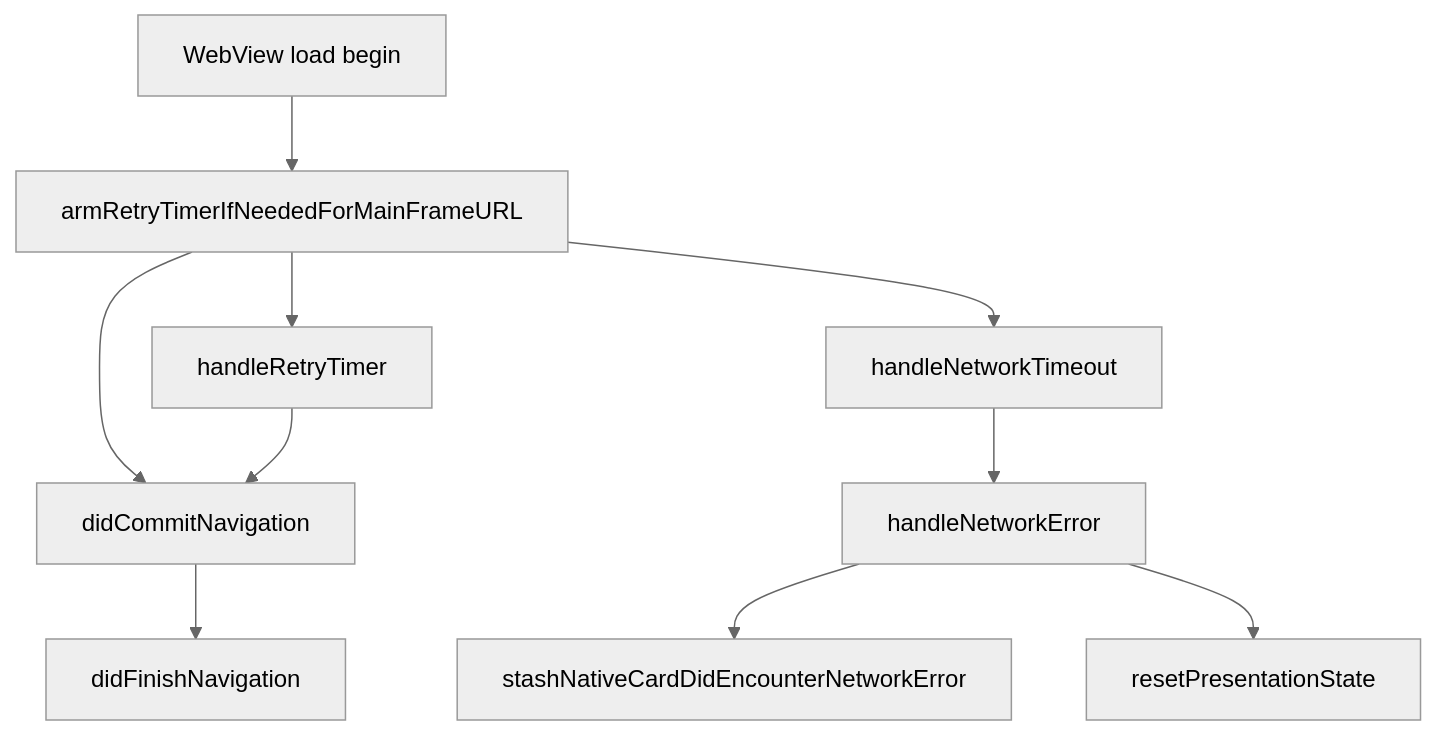
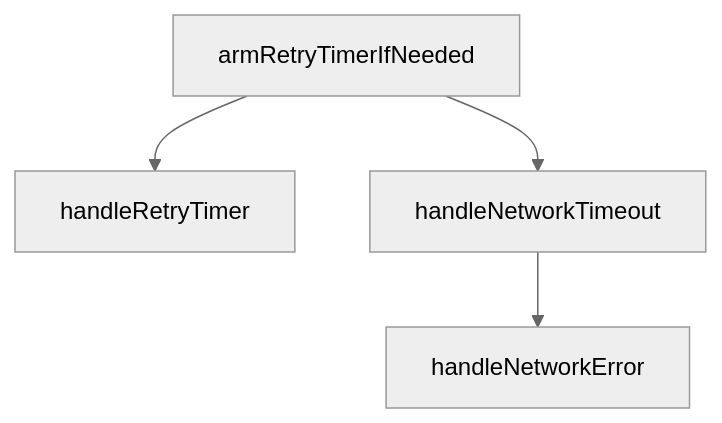
The third of 3 diagrams in docs/ios.md (stashgg/stash-native), drawn with Mermaid (neutral theme) before and after one commit. The commit also changed other lines of this file and 6 other files, not shown here.

````diff
--- a/docs/ios.md
+++ b/docs/ios.md
@@ -152,22 +126,11 @@
 ```mermaid
 flowchart TD
-    Begin[WebView load begin]
-    RetryArm[armRetryTimerIfNeededForMainFrameURL]
-    Commit[didCommitNavigation]
-    Finish[didFinishNavigation]
-    RetryHandle[handleRetryTimer]
-    Timeout[handleNetworkTimeout]
-    NetworkErr[handleNetworkError]
-    DelegateErr[stashNativeCardDidEncounterNetworkError]
-    Reset[resetPresentationState]
+    Arm[armRetryTimerIfNeeded]
+    Retry[handleRetryTimer]
+    TOut[handleNetworkTimeout]
+    Err[handleNetworkError]
 
-    Begin --> RetryArm
-    RetryArm --> Commit
-    Commit --> Finish
-    RetryArm --> RetryHandle
-    RetryArm --> Timeout
-    RetryHandle --> Commit
-    Timeout --> NetworkErr
-    NetworkErr --> DelegateErr
-    NetworkErr --> Reset
+    Arm --> Retry
+    Arm --> TOut
+    TOut --> Err
 ```
````
